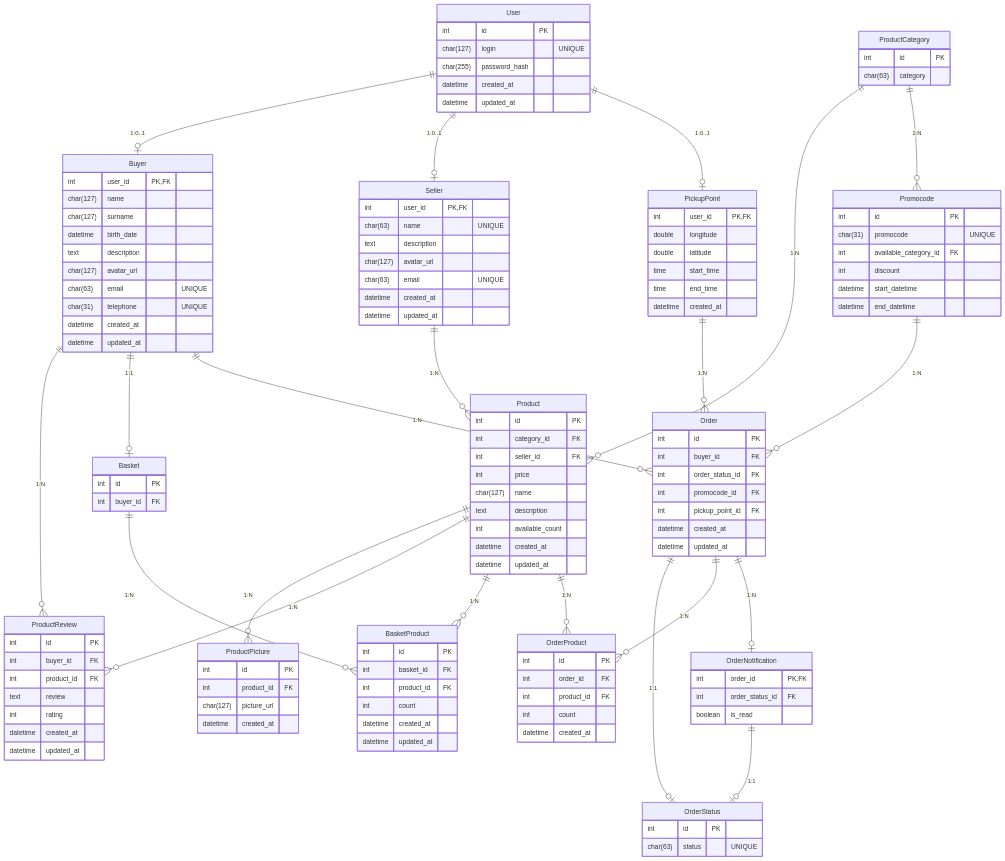
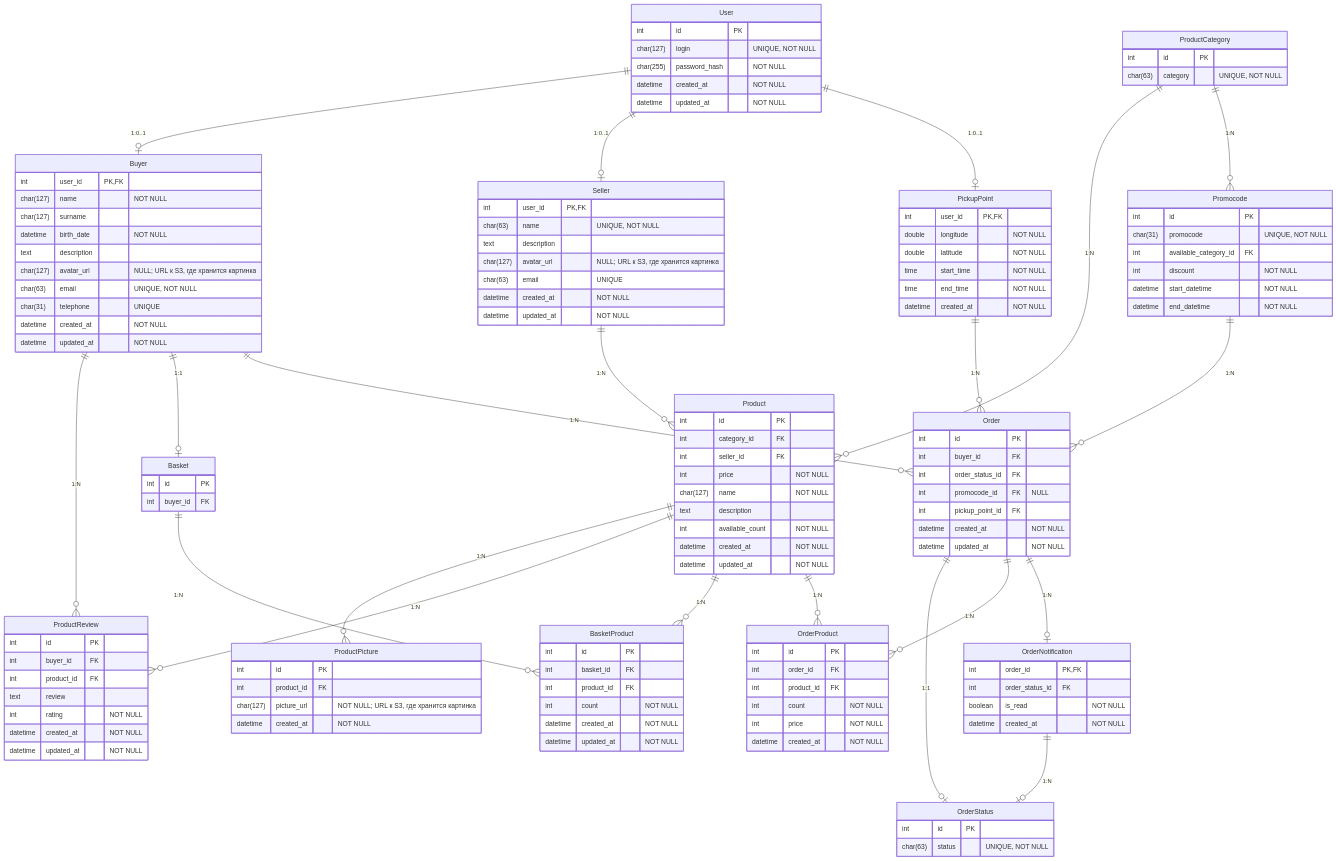
The diagram in db/normalized/er_diagram.md (go-park-mail-ru/2026_2_67), drawn with Mermaid before and after one commit. The commit also changed 1 other file, not shown here.

Commit message:
fix: исправить номера комментариев: 1, 2, 3, 5, 6

````diff
--- a/db/normalized/er_diagram.md
+++ b/db/normalized/er_diagram.md
@@ -24,61 +24,61 @@
     Order ||--o{ OrderProduct : "1:N"
     Product ||--o{ OrderProduct : "1:N"
     Order ||--o| OrderNotification : "1:N"
-    OrderNotification ||--o| OrderStatus : "1:1"
+    OrderNotification ||--o| OrderStatus : "1:N"
 
     User {
         int id PK
-        char(127) login "UNIQUE"
-        char(255) password_hash
-        datetime created_at
-        datetime updated_at
+        char(127) login "UNIQUE, NOT NULL"
+        char(255) password_hash "NOT NULL"
+        datetime created_at "NOT NULL"
+        datetime updated_at "NOT NULL"
     }
 
     Buyer {
         int user_id PK, FK
-        char(127) name
+        char(127) name "NOT NULL"
         char(127) surname
-        datetime birth_date
+        datetime birth_date "NOT NULL"
         text description
-        char(127) avatar_url
-        char(63) email "UNIQUE"
+        char(127) avatar_url "NULL; URL к S3, где хранится картинка"
+        char(63) email "UNIQUE, NOT NULL"
         char(31) telephone "UNIQUE"
-        datetime created_at
-        datetime updated_at
+        datetime created_at "NOT NULL"
+        datetime updated_at "NOT NULL"
     }
 
     Seller {
         int user_id PK, FK
-        char(63) name "UNIQUE"
+        char(63) name "UNIQUE, NOT NULL"
         text description
-        char(127) avatar_url
+        char(127) avatar_url "NULL; URL к S3, где хранится картинка"
         char(63) email "UNIQUE"
-        datetime created_at
-        datetime updated_at
+        datetime created_at "NOT NULL"
+        datetime updated_at "NOT NULL"
     }
 
     ProductCategory {
         int id PK
-        char(63) category
+        char(63) category "UNIQUE, NOT NULL"
     }
 
     Product {
         int id PK
         int category_id FK
         int seller_id FK
-        int price
-        char(127) name
+        int price "NOT NULL"
+        char(127) name "NOT NULL"
         text description
-        int available_count
-        datetime created_at
-        datetime updated_at
+        int available_count "NOT NULL"
+        datetime created_at "NOT NULL"
+        datetime updated_at "NOT NULL"
     }
 
     ProductPicture {
         int id PK
         int product_id FK
-        char(127) picture_url
-        datetime created_at
+        char(127) picture_url "NOT NULL; URL к S3, где хранится картинка"
+        datetime created_at "NOT NULL"
     }
 
     ProductReview {
@@ -86,9 +86,9 @@
         int buyer_id FK
         int product_id FK
         text review
-        int rating
-        datetime created_at
-        datetime updated_at
+        int rating "NOT NULL"
+        datetime created_at "NOT NULL"
+        datetime updated_at "NOT NULL"
     }
 
     Basket {
@@ -100,55 +100,57 @@
         int id PK
         int basket_id FK
         int product_id FK
-        int count
-        datetime created_at
-        datetime updated_at
+        int count "NOT NULL"
+        datetime created_at "NOT NULL"
+        datetime updated_at "NOT NULL"
     }
 
     OrderStatus {
         int id PK
-        char(63) status "UNIQUE"
+        char(63) status "UNIQUE, NOT NULL"
     }
 
     Promocode {
         int id PK
-        char(31) promocode "UNIQUE"
+        char(31) promocode "UNIQUE, NOT NULL"
         int available_category_id FK
-        int discount
-        datetime start_datetime
-        datetime end_datetime
+        int discount "NOT NULL"
+        datetime start_datetime "NOT NULL"
+        datetime end_datetime "NOT NULL"
     }
 
     PickupPoint {
         int user_id PK, FK
-        double longitude
-        double latitude
-        time start_time
-        time end_time
-        datetime created_at
+        double longitude "NOT NULL"
+        double latitude "NOT NULL"
+        time start_time "NOT NULL"
+        time end_time "NOT NULL"
+        datetime created_at "NOT NULL"
     }
 
     Order {
         int id PK
         int buyer_id FK
         int order_status_id FK
-        int promocode_id FK
+        int promocode_id FK "NULL"
         int pickup_point_id FK
-        datetime created_at
-        datetime updated_at
+        datetime created_at "NOT NULL"
+        datetime updated_at "NOT NULL"
     }
 
     OrderProduct {
         int id PK
         int order_id FK
         int product_id FK
-        int count
-        datetime created_at
+        int count "NOT NULL"
+        int price "NOT NULL"
+        datetime created_at "NOT NULL"
     }
 
     OrderNotification {
         int order_id PK, FK
         int order_status_id FK
-        boolean is_read
+        boolean is_read "NOT NULL"
+        datetime created_at "NOT NULL"
     }
 ```
````
